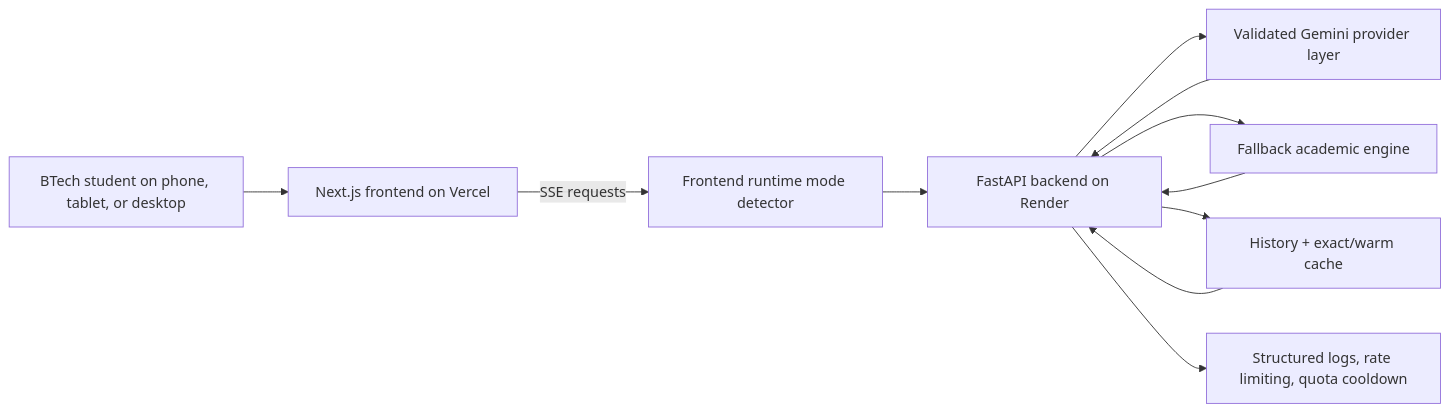
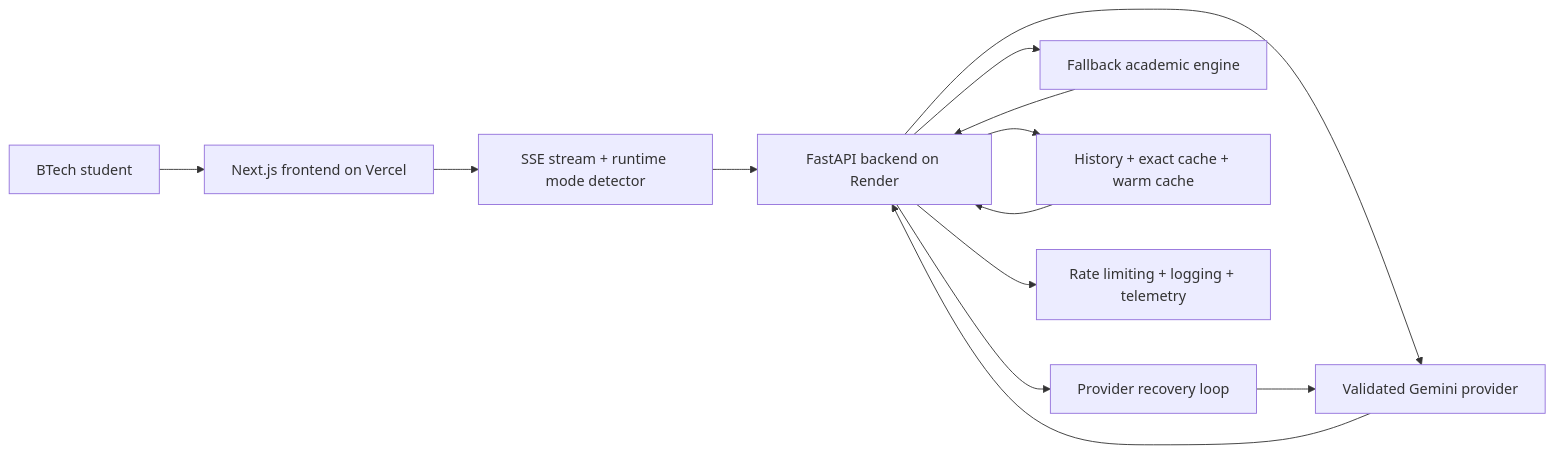
The diagram in README.md (tauqxxr7/scholr), drawn with Mermaid before and after one commit. The commit also changed other lines of this file and 12 other files, not shown here.

````diff
--- a/README.md
+++ b/README.md
@@ -249,13 +123,15 @@
 ```mermaid
 flowchart LR
-    U["BTech student on phone, tablet, or desktop"] --> F["Next.js frontend on Vercel"]
-    F -->|"SSE requests"| R["Frontend runtime mode detector"]
-    R --> B["FastAPI backend on Render"]
-    B --> P["Validated Gemini provider layer"]
-    B --> X["Fallback academic engine"]
-    B --> C["History + exact/warm cache"]
-    B --> O["Structured logs, rate limiting, quota cooldown"]
-    P --> B
-    X --> B
-    C --> B
+    User["BTech student"] --> Frontend["Next.js frontend on Vercel"]
+    Frontend --> Stream["SSE stream + runtime mode detector"]
+    Stream --> Backend["FastAPI backend on Render"]
+    Backend --> Provider["Validated Gemini provider"]
+    Backend --> Recovery["Provider recovery loop"]
+    Backend --> Fallback["Fallback academic engine"]
+    Backend --> Cache["History + exact cache + warm cache"]
+    Backend --> Logs["Rate limiting + logging + telemetry"]
+    Provider --> Backend
+    Recovery --> Provider
+    Fallback --> Backend
+    Cache --> Backend
 ```
````
